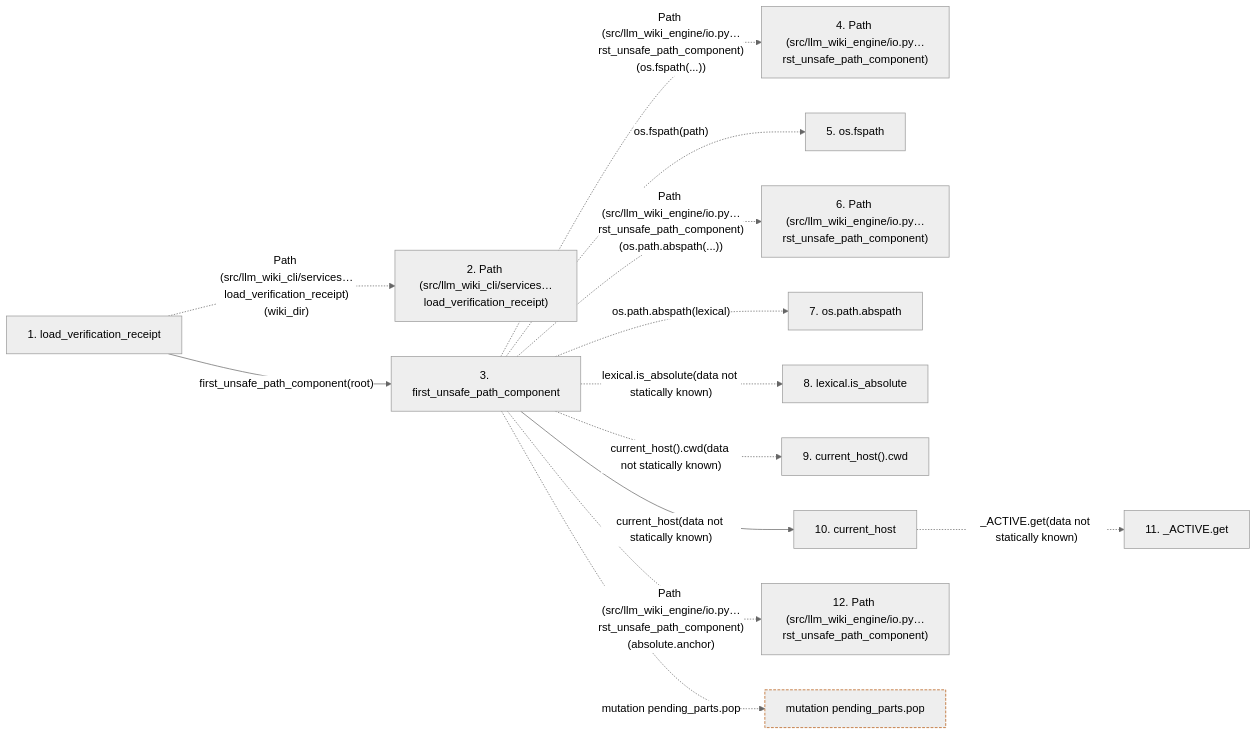
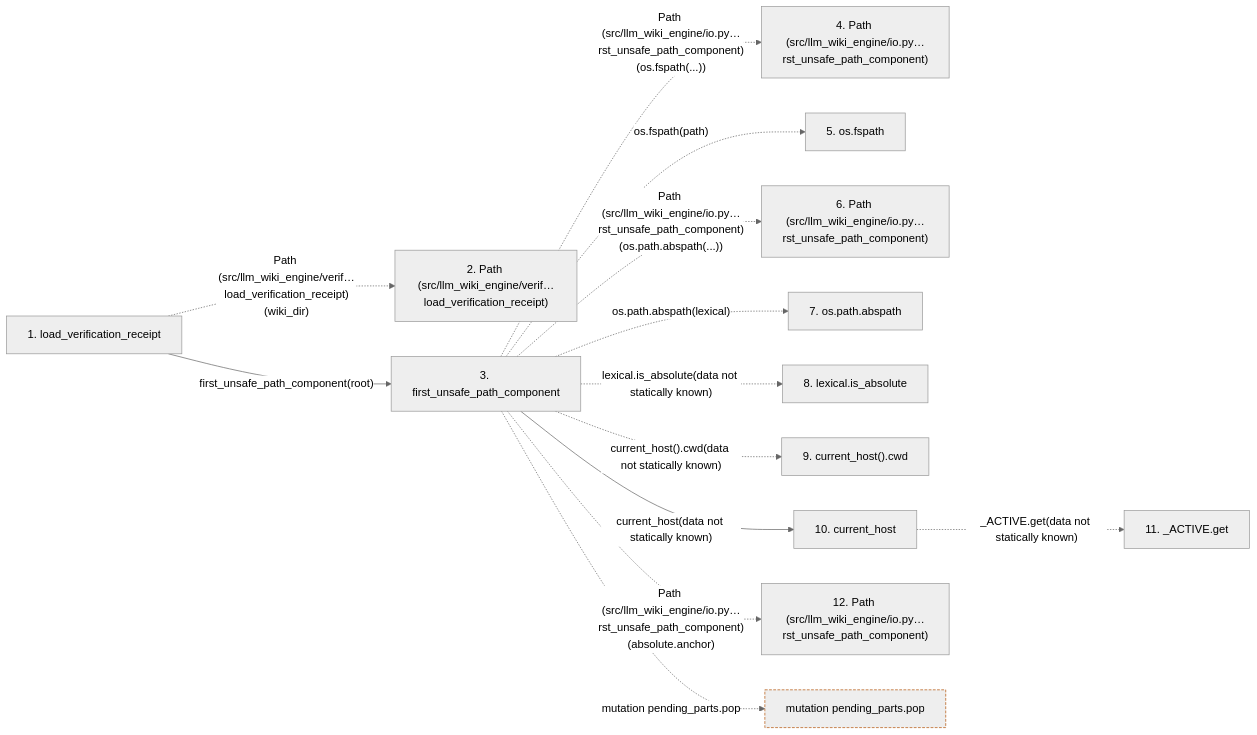
The second of 2 diagrams in docs/llm_wiki/flows/api-load_verification_receipt.md (Denissvgn/python-wiki-llm), drawn with Mermaid (neutral theme) before and after one commit. The commit also changed other lines of this file and 1058 other files, not shown here.

````diff
--- a/docs/llm_wiki/flows/api-load_verification_receipt.md
+++ b/docs/llm_wiki/flows/api-load_verification_receipt.md
@@ -138,33 +138,33 @@
 ```mermaid
 flowchart LR
     s1["1. load_verification_receipt"]
-    s2["2. Path (src/llm_wiki_cli/services…load_verification_receipt)"]
+    s2["2. Path (src/llm_wiki_engine/verif…load_verification_receipt)"]
     s3["3. first_unsafe_path_component"]
     s4["4. Path (src/llm_wiki_engine/io.py…rst_unsafe_path_component)"]
     s5["5. os.fspath"]
     s6["6. Path (src/llm_wiki_engine/io.py…rst_unsafe_path_component)"]
     s7["7. os.path.abspath"]
     s8["8. lexical.is_absolute"]
     s9["9. current_host().cwd"]
     s10["10. current_host"]
     s11["11. _ACTIVE.get"]
     s12["12. Path (src/llm_wiki_engine/io.py…rst_unsafe_path_component)"]
-    s1 -. "Path (src/llm_wiki_cli/services…load_verification_receipt)(wiki_dir)" .-> s2
+    s1 -. "Path (src/llm_wiki_engine/verif…load_verification_receipt)(wiki_dir)" .-> s2
     s1 -->|"first_unsafe_path_component(root)"| s3
     s3 -. "Path (src/llm_wiki_engine/io.py…rst_unsafe_path_component)(os.fspath(...))" .-> s4
     s3 -. "os.fspath(path)" .-> s5
     s3 -. "Path (src/llm_wiki_engine/io.py…rst_unsafe_path_component)(os.path.abspath(...))" .-> s6
     s3 -. "os.path.abspath(lexical)" .-> s7
     s3 -. "lexical.is_absolute(data not statically known)" .-> s8
     s3 -. "current_host().cwd(data not statically known)" .-> s9
     s3 -->|"current_host(data not statically known)"| s10
     s10 -. "_ACTIVE.get(data not statically known)" .-> s11
     s3 -. "Path (src/llm_wiki_engine/io.py…rst_unsafe_path_component)(absolute.anchor)" .-> s12
     b0["mutation pending_parts.pop"]
     s3 -. "mutation pending_parts.pop" .-> b0
     click s1 "../modules/verification_contracts.md"
     click s3 "../modules/io.md"
     click s10 "../modules/host.md"
     classDef boundary stroke:#b45309,stroke-dasharray: 4 2
     class b0 boundary
 ```
````
